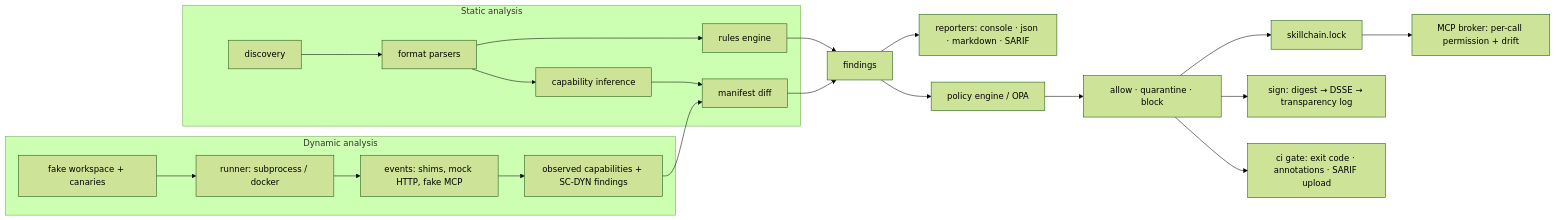
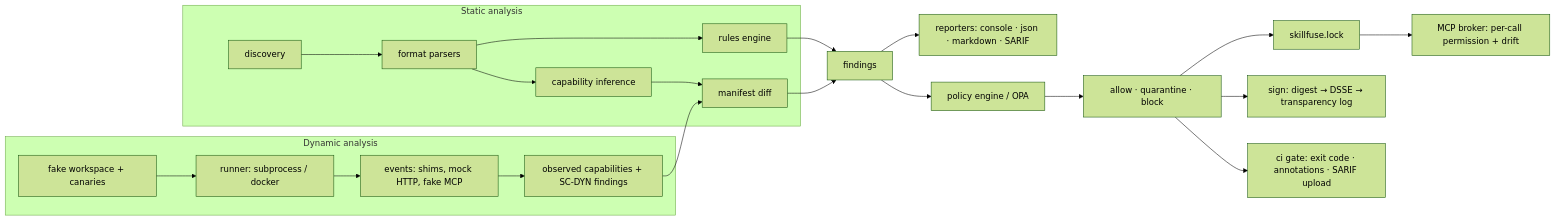
One commit to bhayanak/skillfuse changed the diagram in docs/architecture.md. Above: the diagram before and after it, drawn with Mermaid (forest theme). The commit also changed other lines of this file and 159 other files, not shown here.

````diff
--- a/docs/architecture.md
+++ b/docs/architecture.md
@@ -3,24 +3,24 @@
 ```mermaid
 flowchart LR
   subgraph static["Static analysis"]
     D[discovery] --> P[format parsers]
     P --> R[rules engine]
     P --> C[capability inference]
     C --> M[manifest diff]
   end
   subgraph dynamic["Dynamic analysis"]
     W[fake workspace + canaries] --> X[runner: subprocess / docker]
     X --> E[events: shims, mock HTTP, fake MCP]
     E --> O[observed capabilities + SC-DYN findings]
   end
   R --> F[findings]
   M --> F
   O --> M
   F --> REP[reporters: console · json · markdown · SARIF]
   F --> POL[policy engine / OPA]
   POL --> V[allow · quarantine · block]
-  V --> L[skillchain.lock]
+  V --> L[skillfuse.lock]
   V --> S[sign: digest → DSSE → transparency log]
   L --> B[MCP broker: per-call permission + drift]
   V --> CI[ci gate: exit code · annotations · SARIF upload]
 ```
````
